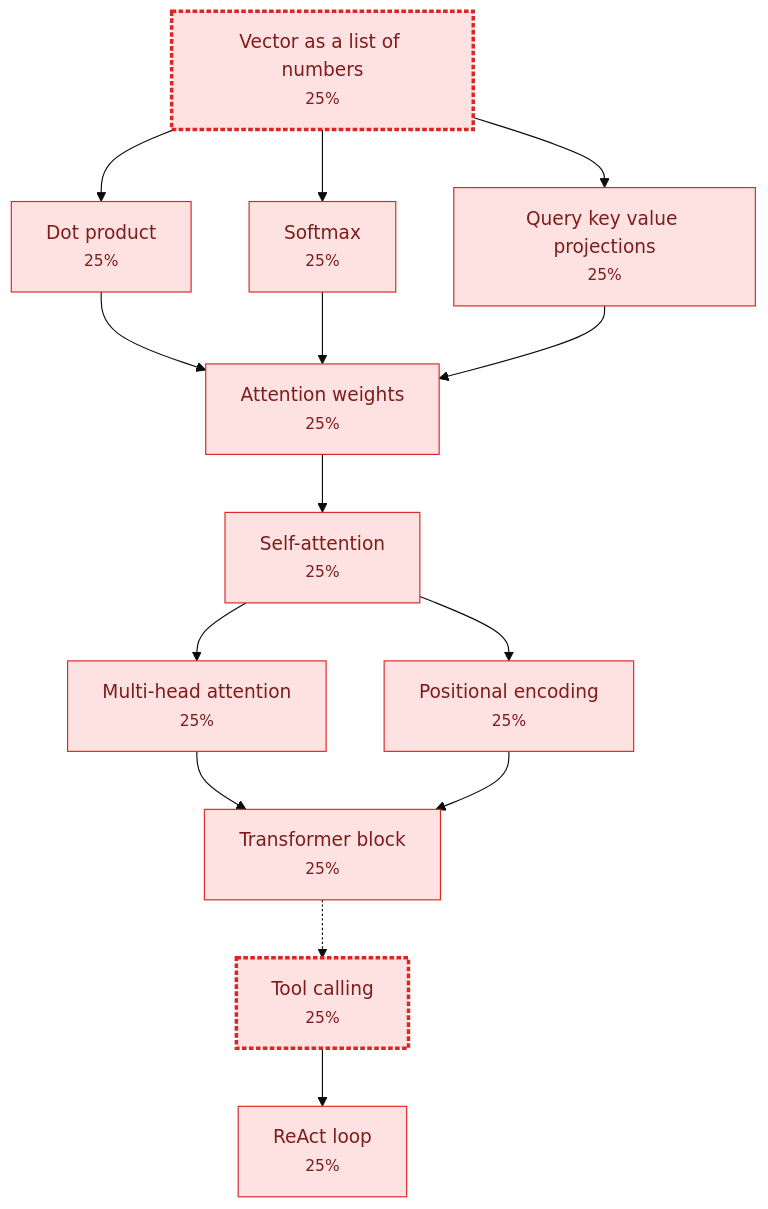
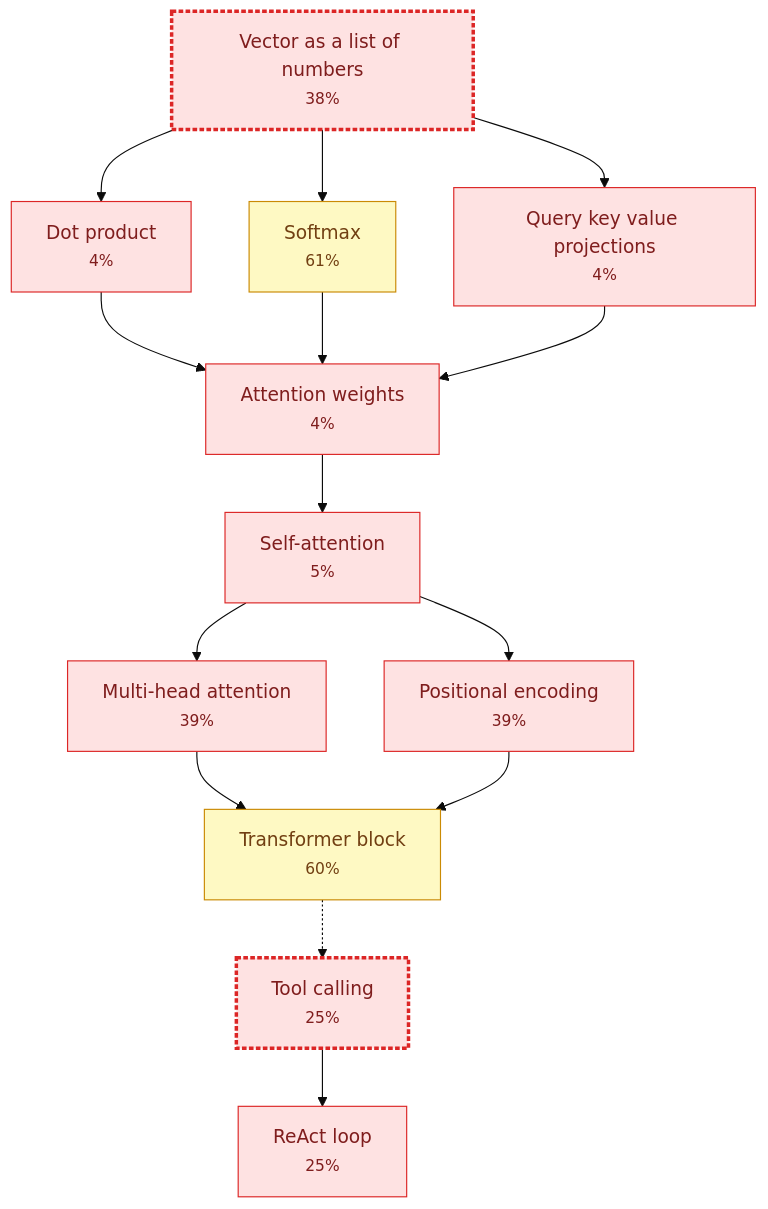
One commit to c-wenlong/gnosia-learn changed the diagram in learn/map.md. Above: the diagram before and after it, drawn with Mermaid (base theme). The commit also changed other lines of this file and 16 other files, not shown here.

````diff
--- a/learn/map.md
+++ b/learn/map.md
@@ -27,36 +27,37 @@
 ```mermaid
 flowchart TD
-  n_vector_as_a_list_of_numbers["Vector as a list of numbers<br/><small>25%</small>"]
-  n_dot_product["Dot product<br/><small>25%</small>"]
-  n_query_key_value_projections["Query key value projections<br/><small>25%</small>"]
-  n_softmax["Softmax<br/><small>25%</small>"]
-  n_attention_weights["Attention weights<br/><small>25%</small>"]
-  n_self_attention["Self-attention<br/><small>25%</small>"]
-  n_multi_head_attention["Multi-head attention<br/><small>25%</small>"]
-  n_positional_encoding["Positional encoding<br/><small>25%</small>"]
-  n_transformer_block["Transformer block<br/><small>25%</small>"]
+  n_vector_as_a_list_of_numbers["Vector as a list of numbers<br/><small>38%</small>"]
+  n_dot_product["Dot product<br/><small>4%</small>"]
+  n_query_key_value_projections["Query key value projections<br/><small>4%</small>"]
+  n_softmax["Softmax<br/><small>61%</small>"]
+  n_attention_weights["Attention weights<br/><small>4%</small>"]
+  n_self_attention["Self-attention<br/><small>5%</small>"]
+  n_multi_head_attention["Multi-head attention<br/><small>39%</small>"]
+  n_positional_encoding["Positional encoding<br/><small>39%</small>"]
+  n_transformer_block["Transformer block<br/><small>60%</small>"]
   n_tool_calling["Tool calling<br/><small>25%</small>"]
   n_react_loop["ReAct loop<br/><small>25%</small>"]
   n_vector_as_a_list_of_numbers --> n_dot_product
   n_vector_as_a_list_of_numbers --> n_query_key_value_projections
   n_vector_as_a_list_of_numbers --> n_softmax
   n_dot_product --> n_attention_weights
   n_softmax --> n_attention_weights
   n_query_key_value_projections --> n_attention_weights
   n_attention_weights --> n_self_attention
   n_self_attention --> n_multi_head_attention
   n_self_attention --> n_positional_encoding
   n_multi_head_attention --> n_transformer_block
   n_positional_encoding --> n_transformer_block
   n_transformer_block -.-> n_tool_calling
   n_tool_calling --> n_react_loop
 
   classDef mastered fill:#dcfce7,stroke:#16a34a,stroke-width:1px,color:#14532d;
   classDef solid fill:#e0f2fe,stroke:#0284c7,stroke-width:1px,color:#0c4a6e;
   classDef shaky fill:#fef9c3,stroke:#ca8a04,stroke-width:1px,color:#713f12;
   classDef weak fill:#ffedd5,stroke:#ea580c,stroke-width:1px,color:#7c2d12;
   classDef gap fill:#fee2e2,stroke:#dc2626,stroke-width:1px,color:#7f1d1d;
   classDef frontier stroke-width:3px,stroke-dasharray:4 2;
-  class n_vector_as_a_list_of_numbers,n_dot_product,n_query_key_value_projections,n_softmax,n_attention_weights,n_self_attention,n_multi_head_attention,n_positional_encoding,n_transformer_block,n_tool_calling,n_react_loop gap;
+  class n_softmax,n_transformer_block shaky;
+  class n_vector_as_a_list_of_numbers,n_dot_product,n_query_key_value_projections,n_attention_weights,n_self_attention,n_multi_head_attention,n_positional_encoding,n_tool_calling,n_react_loop gap;
   class n_tool_calling,n_vector_as_a_list_of_numbers frontier;
 ```
````
